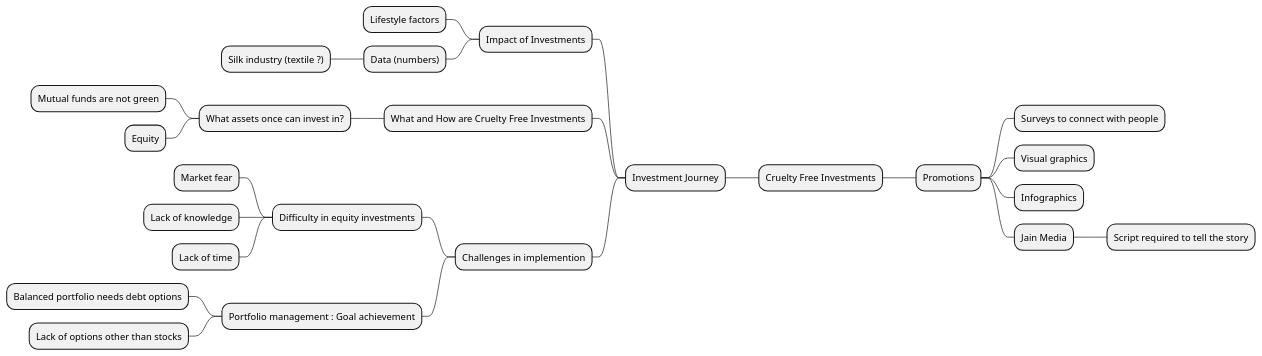
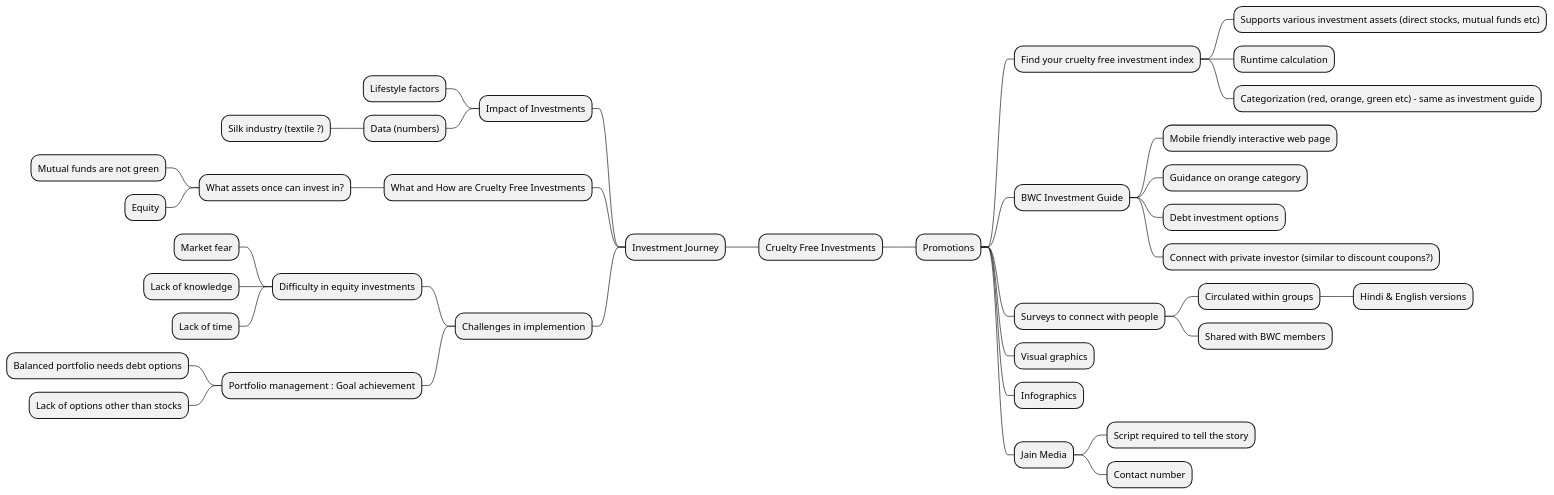
One commit to vegetarianinvestor/vegetarianinvestor.github.io changed the diagram in roadmap.puml. Above: the diagram before and after it, drawn with PlantUML.

```diff
--- a/roadmap.puml
+++ b/roadmap.puml
@@ -1,27 +1,40 @@
 @startmindmap
 
 + Cruelty Free Investments
 ++ Promotions
++++ Find your cruelty free investment index
+++++ Supports various investment assets (direct stocks, mutual funds etc)
+++++ Runtime calculation
+++++ Categorization (red, orange, green etc) - same as investment guide
++++ BWC Investment Guide
+++++ Mobile friendly interactive web page
+++++ Guidance on orange category
+++++ Debt investment options
+++++ Connect with private investor (similar to discount coupons?)
 +++ Surveys to connect with people
+++++ Circulated within groups
++++++ Hindi & English versions
+++++ Shared with BWC members
 +++ Visual graphics
 +++ Infographics
 +++ Jain Media
 ++++ Script required to tell the story
+++++ Contact number
 -- Investment Journey
 --- Impact of Investments
 ---- Lifestyle factors
 ---- Data (numbers)
 ----- Silk industry (textile ?)
 --- What and How are Cruelty Free Investments
 ---- What assets once can invest in?
 ----- Mutual funds are not green
 ----- Equity
 --- Challenges in implemention
 ---- Difficulty in equity investments
 ----- Market fear
 ----- Lack of knowledge
 ----- Lack of time
 ---- Portfolio management : Goal achievement
 ----- Balanced portfolio needs debt options
 ----- Lack of options other than stocks
 @endmindmap
```
